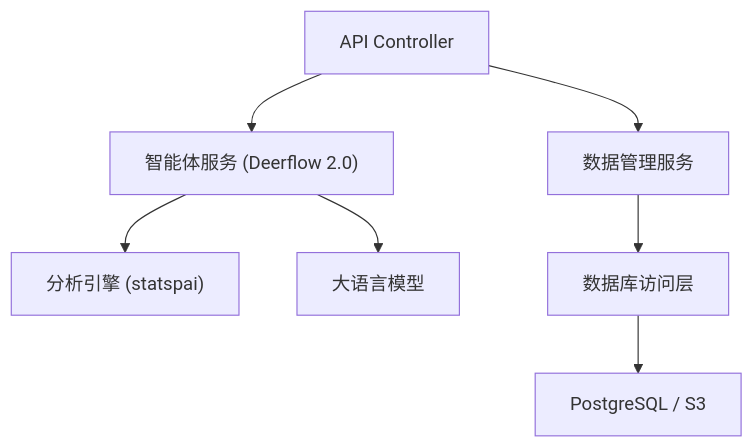
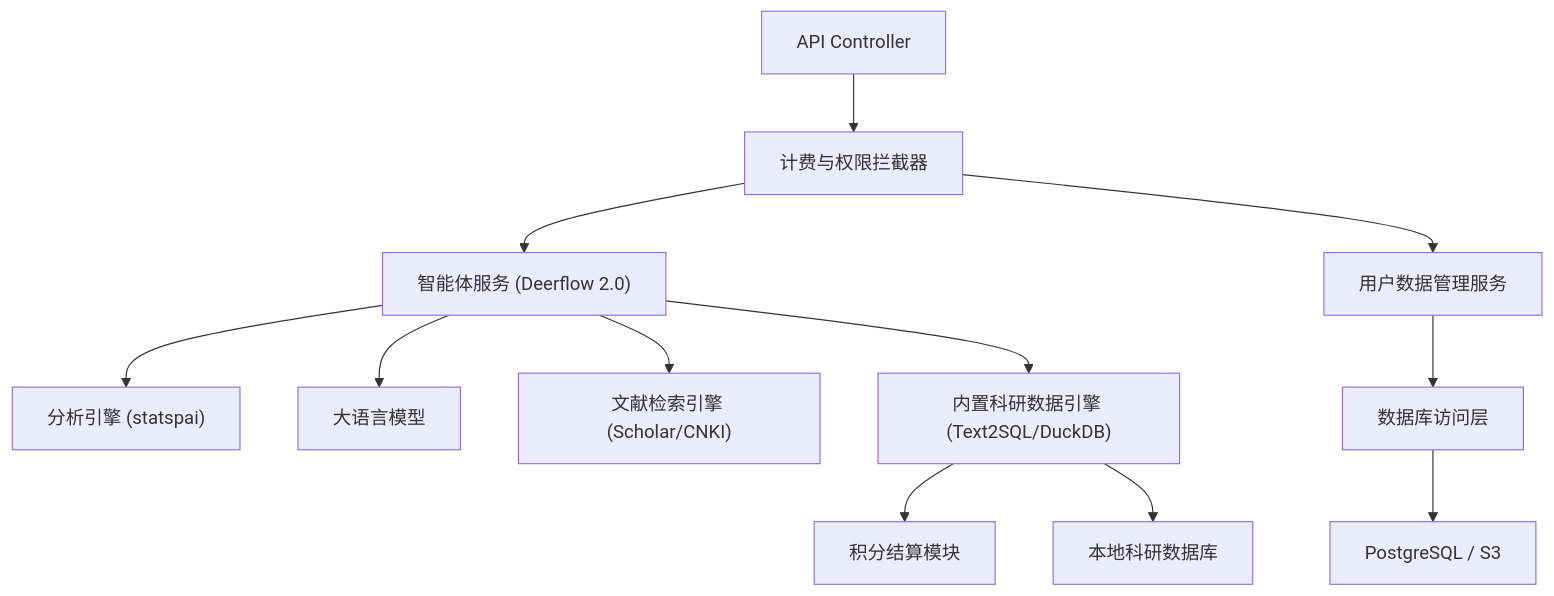
One commit to ZhangMochen1314/ZhangMochen1314 changed the second of 3 diagrams in .trae/documents/technical_architecture.md. Above: the diagram before and after it, drawn with Mermaid. The commit also changed other lines of this file and 1 other file, not shown here.

````diff
--- a/.trae/documents/technical_architecture.md
+++ b/.trae/documents/technical_architecture.md
@@ -74,9 +80,14 @@
 ```mermaid
 graph TD
-    Controller["API Controller"] --> AgentService["智能体服务 (Deerflow 2.0)"]
-    Controller --> DataService["数据管理服务"]
+    Controller["API Controller"] --> Billing["计费与权限拦截器"]
+    Billing --> AgentService["智能体服务 (Deerflow 2.0)"]
+    Billing --> DataService["用户数据管理服务"]
     AgentService --> AnalysisEngine["分析引擎 (statspai)"]
     AgentService --> LLM["大语言模型"]
+    AgentService --> LitEngine["文献检索引擎 (Scholar/CNKI)"]
+    AgentService --> BuiltInDataService["内置科研数据引擎 (Text2SQL/DuckDB)"]
+    BuiltInDataService --> BillingModule["积分结算模块"]
     DataService --> Repository["数据库访问层"]
+    BuiltInDataService --> LocalDB["本地科研数据库"]
     Repository --> Database["PostgreSQL / S3"]
 ```
````
